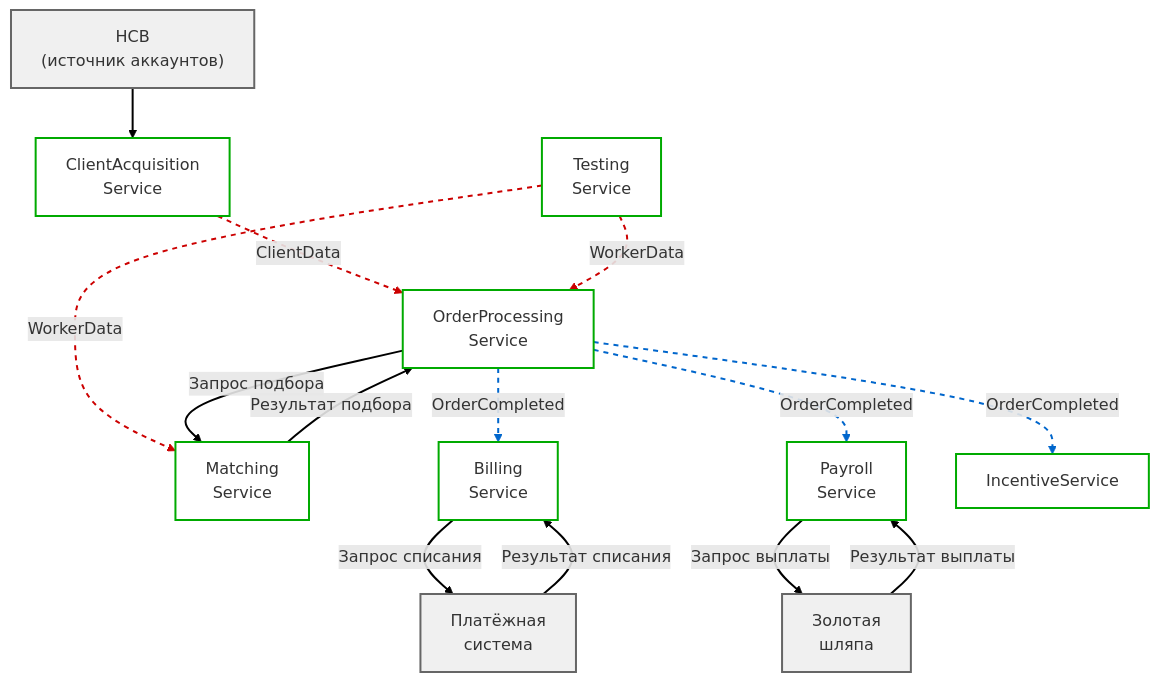
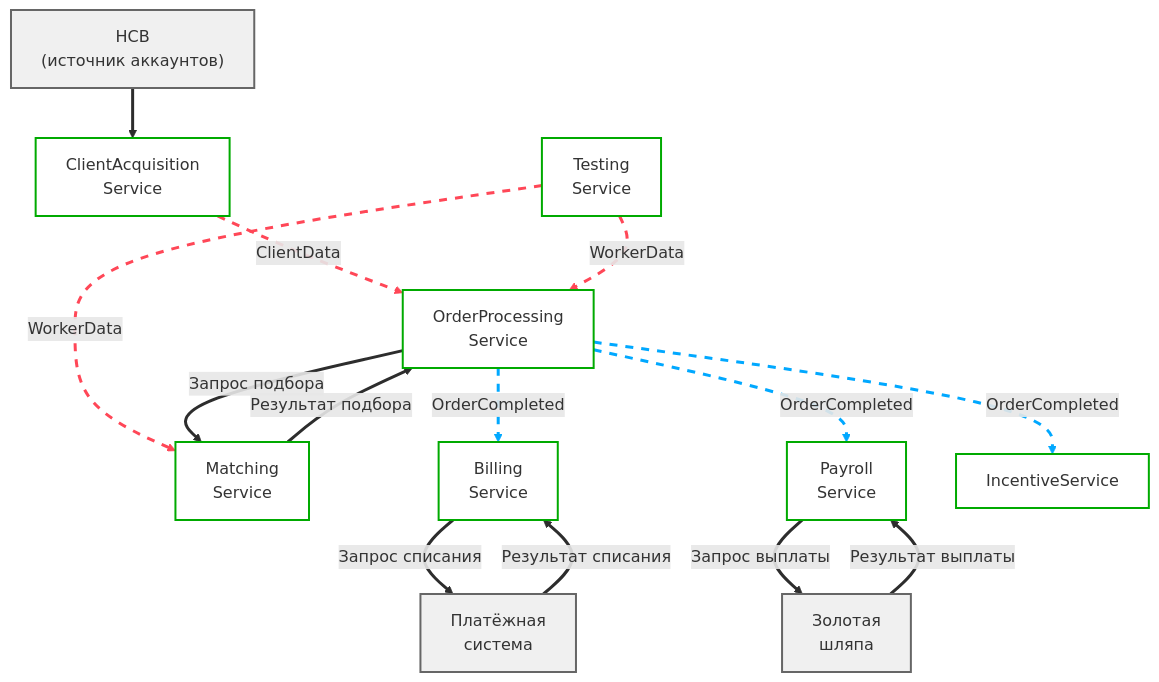
The diagram in Домашка 3/7 карта-коммуникаций.md (alexandrovda/system-analysis), drawn with Mermaid before and after one commit. The commit also changed 1 other file, not shown here.

````diff
--- a/Домашка 3/7 карта-коммуникаций.md
+++ b/Домашка 3/7 карта-коммуникаций.md
@@ -4,59 +4,59 @@
 ```mermaid
 flowchart TD
     %% Внешние системы
     NSV["НСВ<br/>(источник аккаунтов)"]
     PaymentSys["Платёжная<br/>система"]
     GoldenHat["Золотая<br/>шляпа"]
 
     %% Микросервисы
     ClientAcq["ClientAcquisition<br/>Service"]
     Testing["Testing<br/>Service"]
     Matching["Matching<br/>Service"]
     OrderProc["OrderProcessing<br/>Service"]
     Billing["Billing<br/>Service"]
     Payroll["Payroll<br/>Service"]
     Incentive["IncentiveService"]
 
     %% Связи
     NSV --> ClientAcq
     ClientAcq -.->|ClientData| OrderProc
     Testing -.->|WorkerData| Matching
     Testing -.->|WorkerData| OrderProc
     OrderProc -->|Запрос подбора| Matching
     Matching -->|Результат подбора| OrderProc
     OrderProc -.->|OrderCompleted| Billing
     OrderProc -.->|OrderCompleted| Payroll
     OrderProc -.->|OrderCompleted| Incentive
     Billing -->|Запрос списания| PaymentSys
     PaymentSys -->|Результат списания| Billing
     Payroll -->|Запрос выплаты| GoldenHat
     GoldenHat -->|Результат выплаты| Payroll
 
     %% Стилизация блоков
     style NSV fill:#f0f0f0,stroke:#666,stroke-width:2px
     style PaymentSys fill:#f0f0f0,stroke:#666,stroke-width:2px
     style GoldenHat fill:#f0f0f0,stroke:#666,stroke-width:2px
     
     style ClientAcq fill:#ffffff,stroke:#00aa00,stroke-width:2px
     style Testing fill:#ffffff,stroke:#00aa00,stroke-width:2px
     style Matching fill:#ffffff,stroke:#00aa00,stroke-width:2px
     style OrderProc fill:#ffffff,stroke:#00aa00,stroke-width:2px
     style Billing fill:#ffffff,stroke:#00aa00,stroke-width:2px
     style Payroll fill:#ffffff,stroke:#00aa00,stroke-width:2px
     style Incentive fill:#ffffff,stroke:#00aa00,stroke-width:2px
 
     %% Стилизация стрелок
-    linkStyle 0 stroke:#000000,stroke-width:2px
-    linkStyle 1 stroke:#cc0000,stroke-dasharray:5,stroke-width:2px
-    linkStyle 2 stroke:#cc0000,stroke-dasharray:5,stroke-width:2px
-    linkStyle 3 stroke:#cc0000,stroke-dasharray:5,stroke-width:2px
-    linkStyle 4 stroke:#000000,stroke-width:2px
-    linkStyle 5 stroke:#000000,stroke-width:2px
-    linkStyle 6 stroke:#0066cc,stroke-dasharray:5,stroke-width:2px
-    linkStyle 7 stroke:#0066cc,stroke-dasharray:5,stroke-width:2px
-    linkStyle 8 stroke:#0066cc,stroke-dasharray:5,stroke-width:2px
-    linkStyle 9 stroke:#000000,stroke-width:2px
-    linkStyle 10 stroke:#000000,stroke-width:2px
-    linkStyle 11 stroke:#000000,stroke-width:2px
-    linkStyle 12 stroke:#000000,stroke-width:2px
+    linkStyle 0 stroke:#2d2d2d,stroke-width:3px
+    linkStyle 1 stroke:#ff4757,stroke-dasharray:8,4,stroke-width:3px
+    linkStyle 2 stroke:#ff4757,stroke-dasharray:8,4,stroke-width:3px
+    linkStyle 3 stroke:#ff4757,stroke-dasharray:8,4,stroke-width:3px
+    linkStyle 4 stroke:#2d2d2d,stroke-width:3px
+    linkStyle 5 stroke:#2d2d2d,stroke-width:3px
+    linkStyle 6 stroke:#00a8ff,stroke-dasharray:8,4,stroke-width:3px
+    linkStyle 7 stroke:#00a8ff,stroke-dasharray:8,4,stroke-width:3px
+    linkStyle 8 stroke:#00a8ff,stroke-dasharray:8,4,stroke-width:3px
+    linkStyle 9 stroke:#2d2d2d,stroke-width:3px
+    linkStyle 10 stroke:#2d2d2d,stroke-width:3px
+    linkStyle 11 stroke:#2d2d2d,stroke-width:3px
+    linkStyle 12 stroke:#2d2d2d,stroke-width:3px
 ```
````
